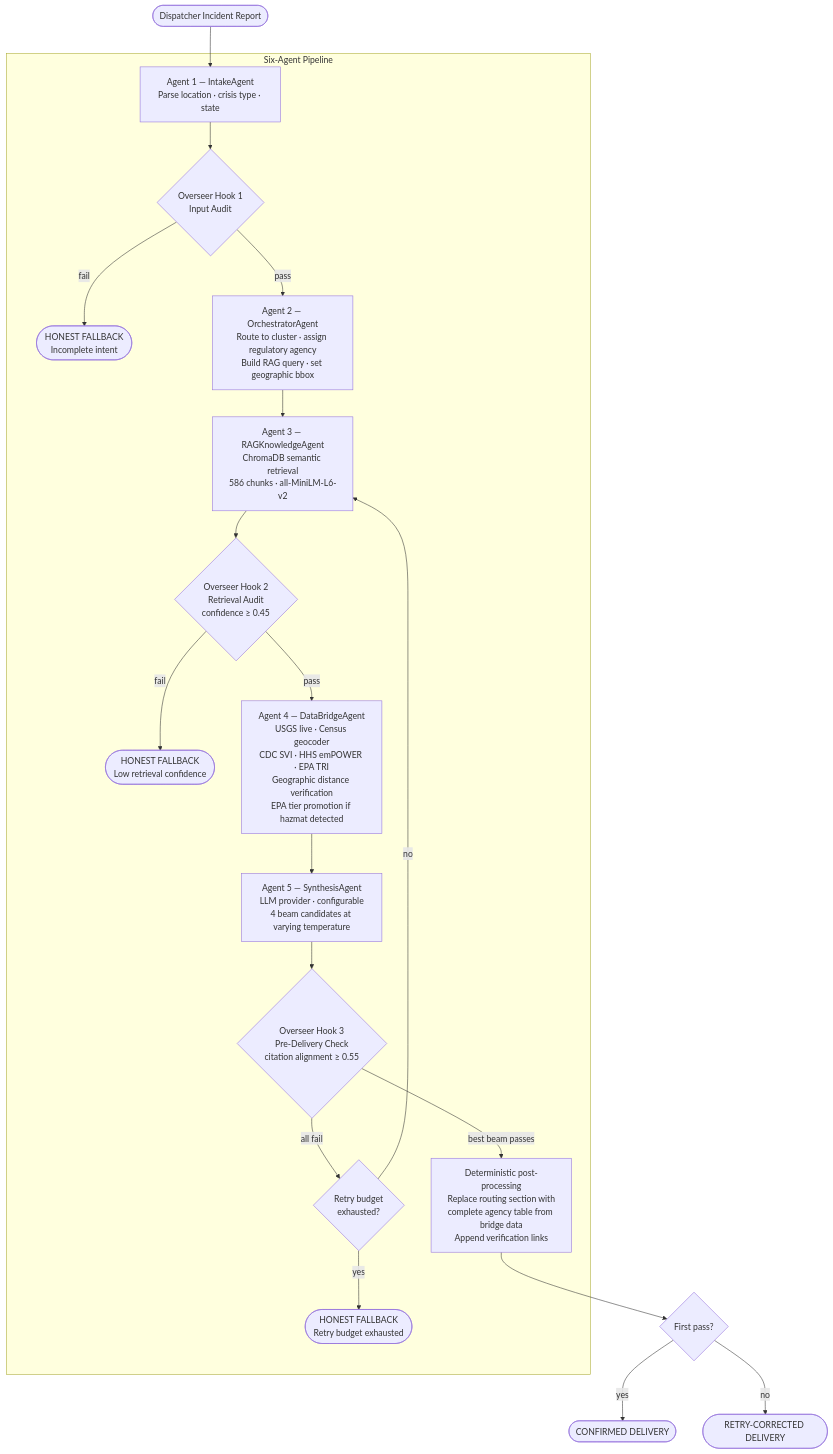
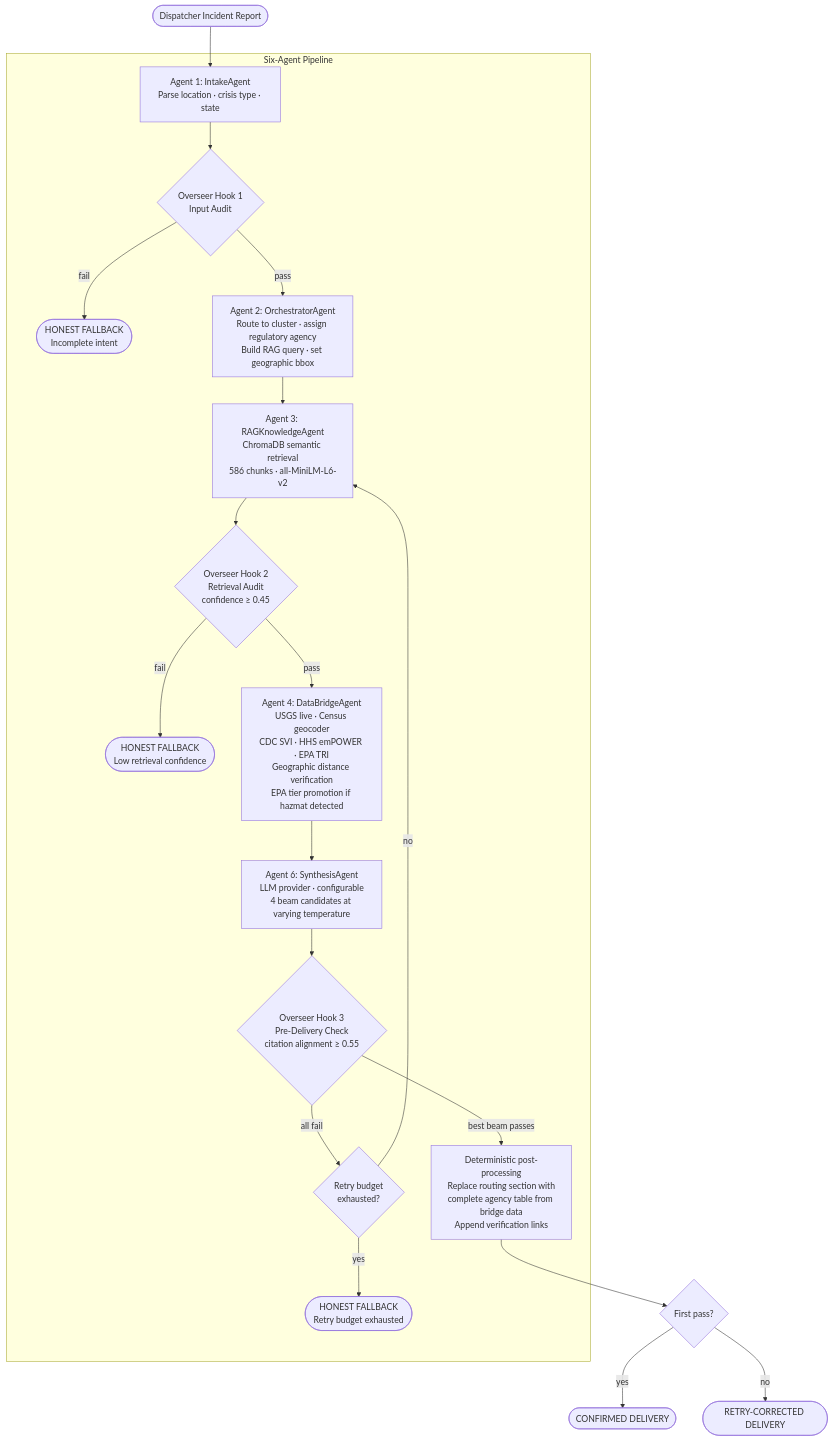
Before and after one commit to sh4wnbk/agentic-knowledge-synthesizer: the first of 2 diagrams in README.md, drawn with Mermaid. The commit also changed other lines of this file and 1 other file, not shown here.

First line of the commit message:
docs: reconcile agent numbering and remove em dashes from README and dashboard

````diff
--- a/README.md
+++ b/README.md
@@ -35,42 +35,42 @@
 ```mermaid
 flowchart TD
     A([Dispatcher Incident Report]) --> B
 
     subgraph Pipeline["Six-Agent Pipeline"]
-        B[Agent 1 — IntakeAgent\nParse location · crisis type · state]
+        B[Agent 1: IntakeAgent\nParse location · crisis type · state]
         B --> H1
 
         H1{Overseer Hook 1\nInput Audit}
         H1 -->|fail| F1([HONEST FALLBACK\nIncomplete intent])
         H1 -->|pass| C
 
-        C[Agent 2 — OrchestratorAgent\nRoute to cluster · assign regulatory agency\nBuild RAG query · set geographic bbox]
+        C[Agent 2: OrchestratorAgent\nRoute to cluster · assign regulatory agency\nBuild RAG query · set geographic bbox]
         C --> D
 
-        D[Agent 3 — RAGKnowledgeAgent\nChromaDB semantic retrieval\n586 chunks · all-MiniLM-L6-v2]
+        D[Agent 3: RAGKnowledgeAgent\nChromaDB semantic retrieval\n586 chunks · all-MiniLM-L6-v2]
         D --> H2
 
         H2{Overseer Hook 2\nRetrieval Audit\nconfidence ≥ 0.45}
         H2 -->|fail| F2([HONEST FALLBACK\nLow retrieval confidence])
         H2 -->|pass| E
 
-        E[Agent 4 — DataBridgeAgent\nUSGS live · Census geocoder\nCDC SVI · HHS emPOWER · EPA TRI\nGeographic distance verification\nEPA tier promotion if hazmat detected]
+        E[Agent 4: DataBridgeAgent\nUSGS live · Census geocoder\nCDC SVI · HHS emPOWER · EPA TRI\nGeographic distance verification\nEPA tier promotion if hazmat detected]
         E --> G
 
-        G[Agent 5 — SynthesisAgent\nLLM provider · configurable\n4 beam candidates at varying temperature]
+        G[Agent 6: SynthesisAgent\nLLM provider · configurable\n4 beam candidates at varying temperature]
         G --> H3
 
         H3{Overseer Hook 3\nPre-Delivery Check\ncitation alignment ≥ 0.55}
         H3 -->|all fail| RB{Retry budget\nexhausted?}
         RB -->|no| D
         RB -->|yes| F3([HONEST FALLBACK\nRetry budget exhausted])
         H3 -->|best beam passes| INJ
 
         INJ[Deterministic post-processing\nReplace routing section with\ncomplete agency table from bridge data\nAppend verification links]
     end
 
     INJ --> OUT
     OUT{First pass?}
     OUT -->|yes| CD([CONFIRMED DELIVERY])
     OUT -->|no| RCD([RETRY-CORRECTED DELIVERY])
 ```
````
